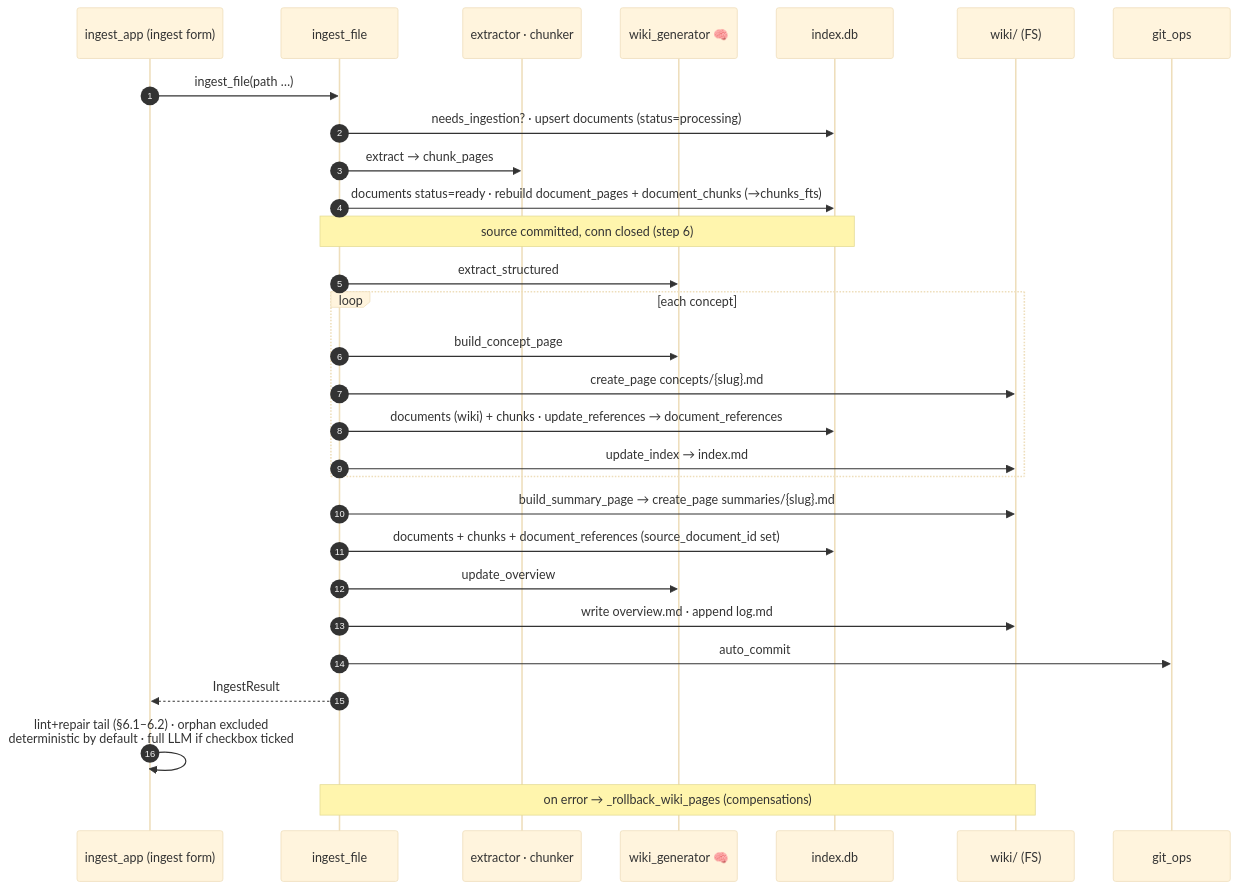
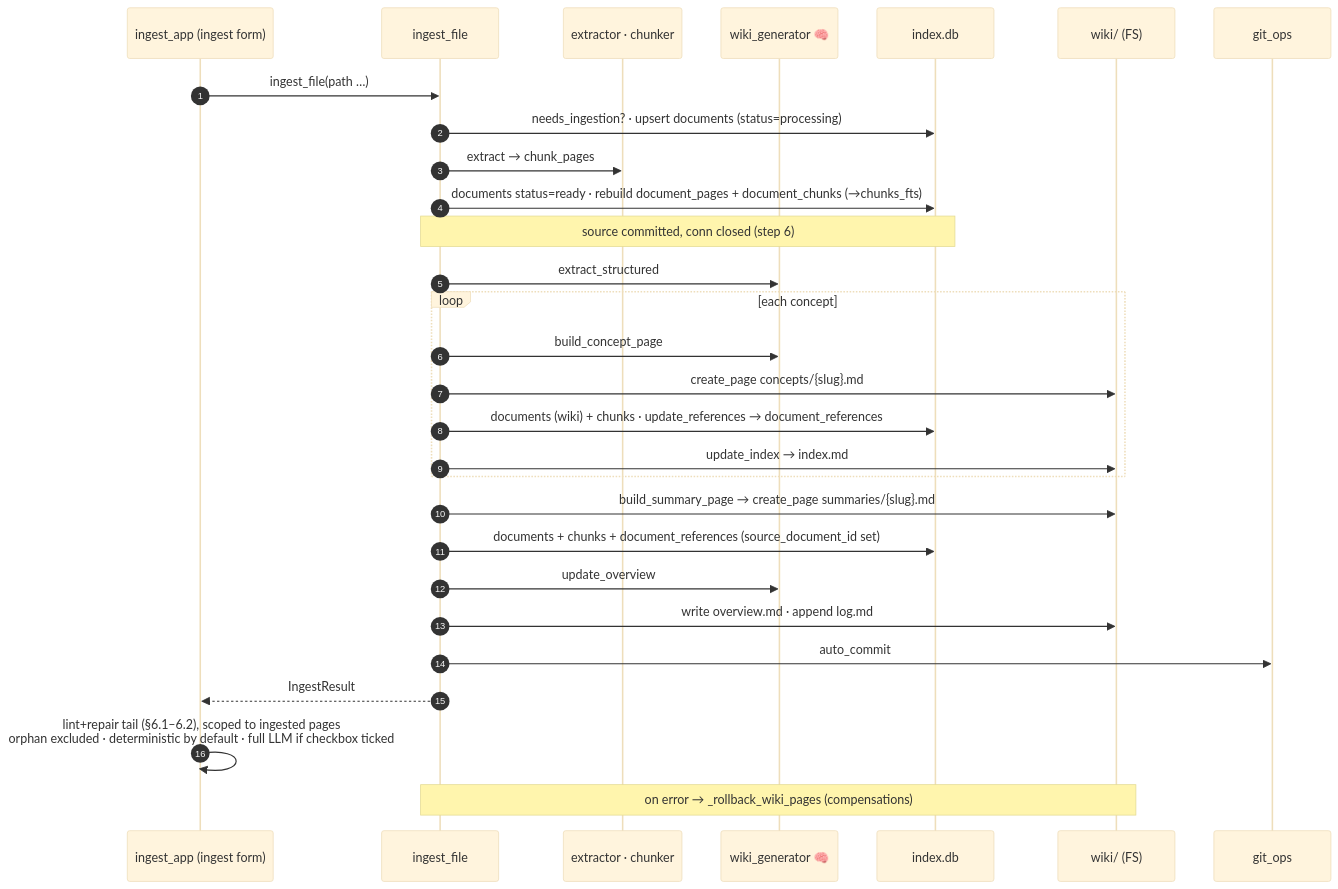
One commit to Clod/llmwiki-marimo changed the third of 10 diagrams in docs/programmer_manual.md. Above: the diagram before and after it, drawn with Mermaid (base theme). The commit also changed other lines of this file and 2 other files, not shown here.

First line of the commit message:
fix: scope post-ingest lint+repair to the ingested doc's pages

````diff
--- a/docs/programmer_manual.md
+++ b/docs/programmer_manual.md
@@ -618,31 +619,31 @@
 ```mermaid
 sequenceDiagram
     autonumber
     participant UI as ingest_app (ingest form)
     participant P as ingest_file
     participant EX as extractor · chunker
     participant GEN as wiki_generator 🧠
     participant DB as index.db
     participant FS as wiki/ (FS)
     participant GIT as git_ops
     UI->>P: ingest_file(path …)
     P->>DB: needs_ingestion? · upsert documents (status=processing)
     P->>EX: extract → chunk_pages
     P->>DB: documents status=ready · rebuild document_pages + document_chunks (→chunks_fts)
     Note over P,DB: source committed, conn closed (step 6)
     P->>GEN: extract_structured
     loop each concept
         P->>GEN: build_concept_page
         P->>FS: create_page concepts/{slug}.md
         P->>DB: documents (wiki) + chunks · update_references → document_references
         P->>FS: update_index → index.md
     end
     P->>FS: build_summary_page → create_page summaries/{slug}.md
     P->>DB: documents + chunks + document_references (source_document_id set)
     P->>GEN: update_overview
     P->>FS: write overview.md · append log.md
     P->>GIT: auto_commit
     P-->>UI: IngestResult
-    UI->>UI: lint+repair tail (§6.1–6.2) · orphan excluded<br/>deterministic by default · full LLM if checkbox ticked
+    UI->>UI: lint+repair tail (§6.1–6.2), scoped to ingested pages<br/>orphan excluded · deterministic by default · full LLM if checkbox ticked
     Note over P,FS: on error → _rollback_wiki_pages (compensations)
 ```
````
